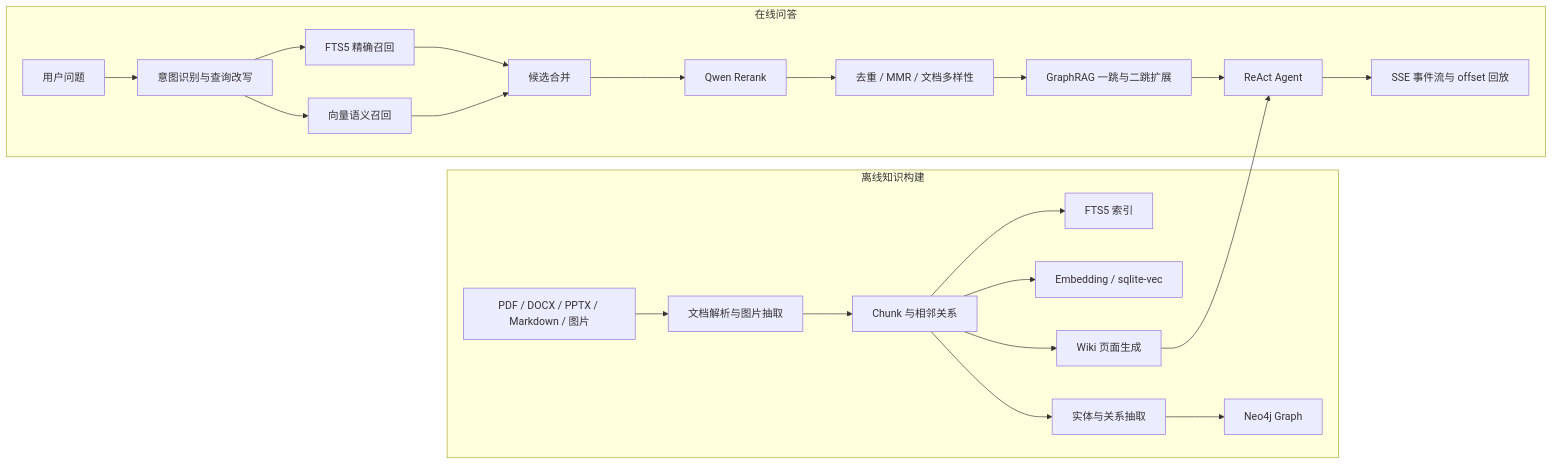
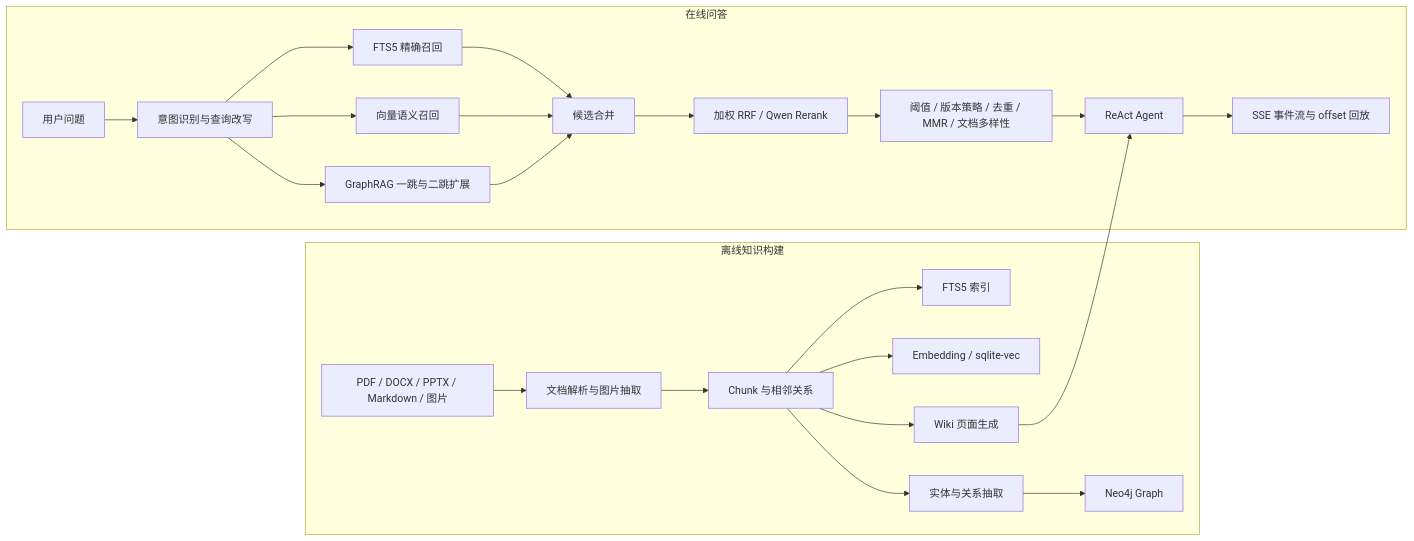
The diagram in interview_materials/01_项目架构与亮点.md (gjjkbssg/KnowAgent), drawn with Mermaid before and after one commit. The commit also changed other lines of this file and 2 other files, not shown here.

Commit message:
docs: interview deep-dive for PR #8-#12

````diff
--- a/interview_materials/01_项目架构与亮点.md
+++ b/interview_materials/01_项目架构与亮点.md
@@ -9,26 +11,27 @@
 ```mermaid
 flowchart LR
     subgraph Offline[离线知识构建]
         A[PDF / DOCX / PPTX / Markdown / 图片] --> B[文档解析与图片抽取]
         B --> C[Chunk 与相邻关系]
         C --> D[FTS5 索引]
         C --> E[Embedding / sqlite-vec]
         C --> F[实体与关系抽取]
         F --> G[Neo4j Graph]
         C --> H[Wiki 页面生成]
     end
 
     subgraph Online[在线问答]
         Q[用户问题] --> U[意图识别与查询改写]
         U --> R1[FTS5 精确召回]
         U --> R2[向量语义召回]
         R1 --> M[候选合并]
         R2 --> M
-        M --> RR[Qwen Rerank]
-        RR --> DV[去重 / MMR / 文档多样性]
-        DV --> GR[GraphRAG 一跳与二跳扩展]
+        U --> GR[GraphRAG 一跳与二跳扩展]
+        GR --> M
+        M --> RR[加权 RRF / Qwen Rerank]
+        RR --> DV[阈值 / 版本策略 / 去重 / MMR / 文档多样性]
         H --> AG[ReAct Agent]
-        GR --> AG
+        DV --> AG
         AG --> SSE[SSE 事件流与 offset 回放]
     end
 ```
````
